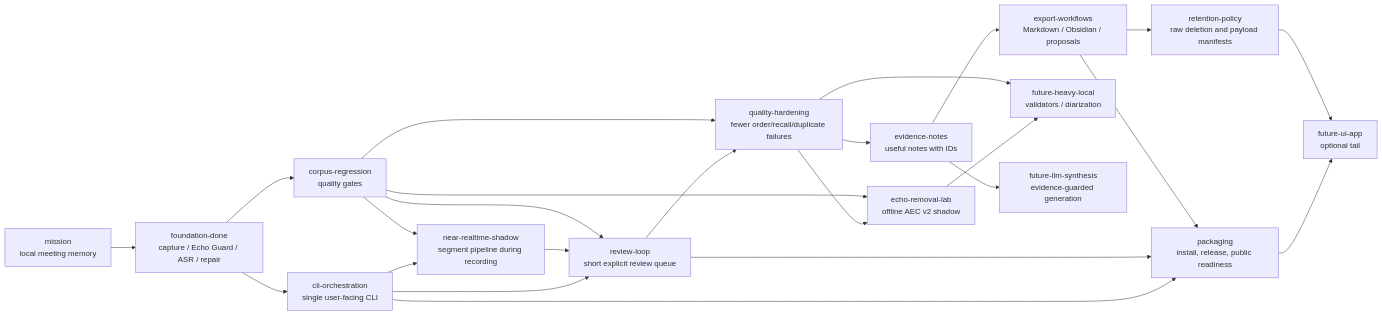
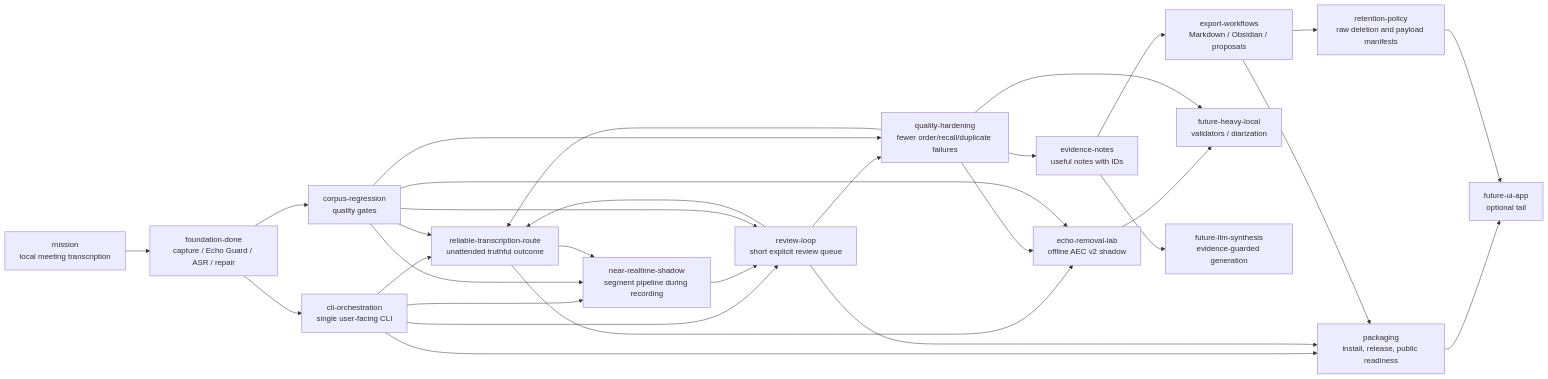
Before and after one commit to asukhodko/murmurmark: the diagram in docs/roadmap/murmurmark-cli-roadmap.md, drawn with Mermaid. The commit also changed other lines of this file and 19 other files, not shown here.

Commit message:
feat: add outcome-driven review handoff

````diff
--- a/docs/roadmap/murmurmark-cli-roadmap.md
+++ b/docs/roadmap/murmurmark-cli-roadmap.md
@@ -98,42 +145,49 @@
 ```mermaid
 flowchart LR
-    mission["mission<br/>local meeting memory"]
+    mission["mission<br/>local meeting transcription"]
     foundation["foundation-done<br/>capture / Echo Guard / ASR / repair"]
     cli["cli-orchestration<br/>single user-facing CLI"]
+    reliable["reliable-transcription-route<br/>unattended truthful outcome"]
     live["near-realtime-shadow<br/>segment pipeline during recording"]
     corpus["corpus-regression<br/>quality gates"]
     review["review-loop<br/>short explicit review queue"]
     hardening["quality-hardening<br/>fewer order/recall/duplicate failures"]
     echo_lab["echo-removal-lab<br/>offline AEC v2 shadow"]
     notes["evidence-notes<br/>useful notes with IDs"]
     export["export-workflows<br/>Markdown / Obsidian / proposals"]
     retention["retention-policy<br/>raw deletion and payload manifests"]
     packaging["packaging<br/>install, release, public readiness"]
     future_asr["future-heavy-local<br/>validators / diarization"]
     future_llm["future-llm-synthesis<br/>evidence-guarded generation"]
     future_ui["future-ui-app<br/>optional tail"]
 
     mission --> foundation
     foundation --> cli
+    cli --> reliable
     cli --> live
     foundation --> corpus
     cli --> review
     live --> review
     corpus --> live
     corpus --> review
     review --> hardening
     corpus --> hardening
+    review --> reliable
+    hardening --> reliable
+    corpus --> reliable
+    reliable --> live
+    reliable --> echo_lab
     hardening --> echo_lab
     corpus --> echo_lab
     hardening --> notes
     notes --> export
     export --> retention
     cli --> packaging
     review --> packaging
     export --> packaging
     echo_lab --> future_asr
     hardening --> future_asr
     notes --> future_llm
     packaging --> future_ui
     retention --> future_ui
 ```
````
